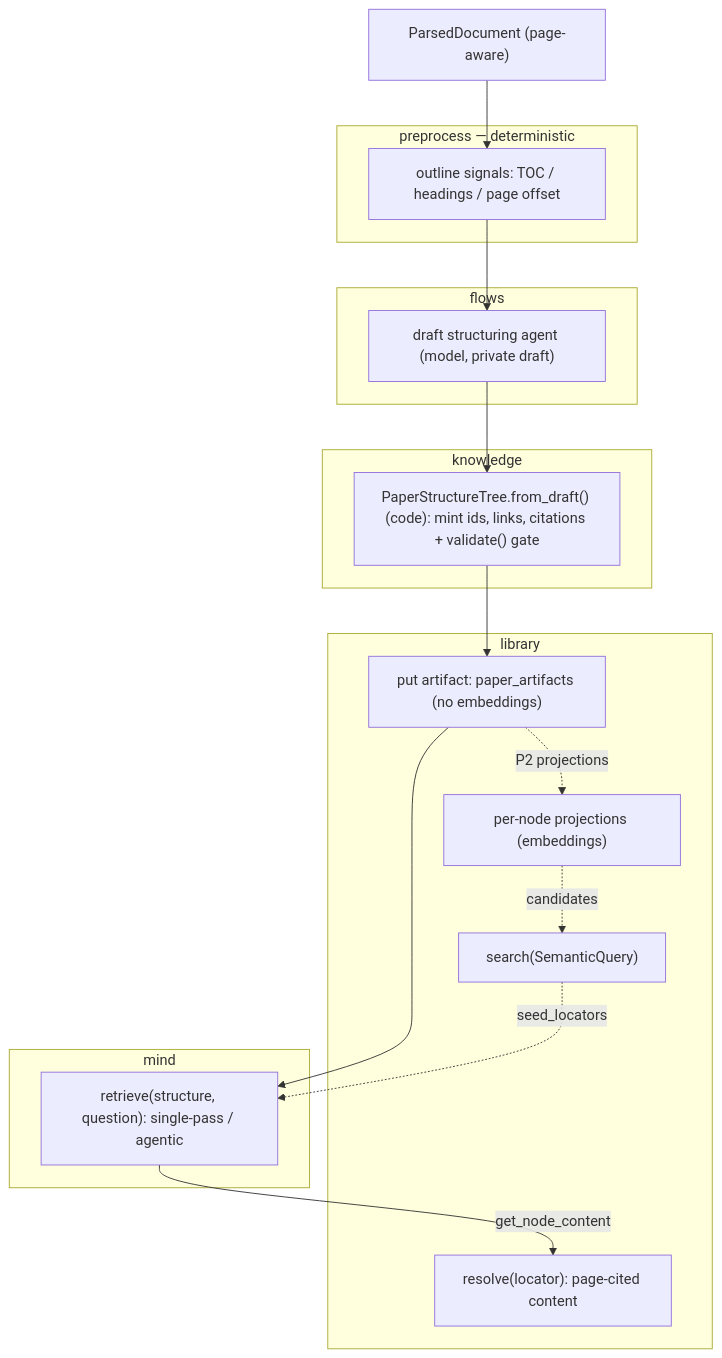
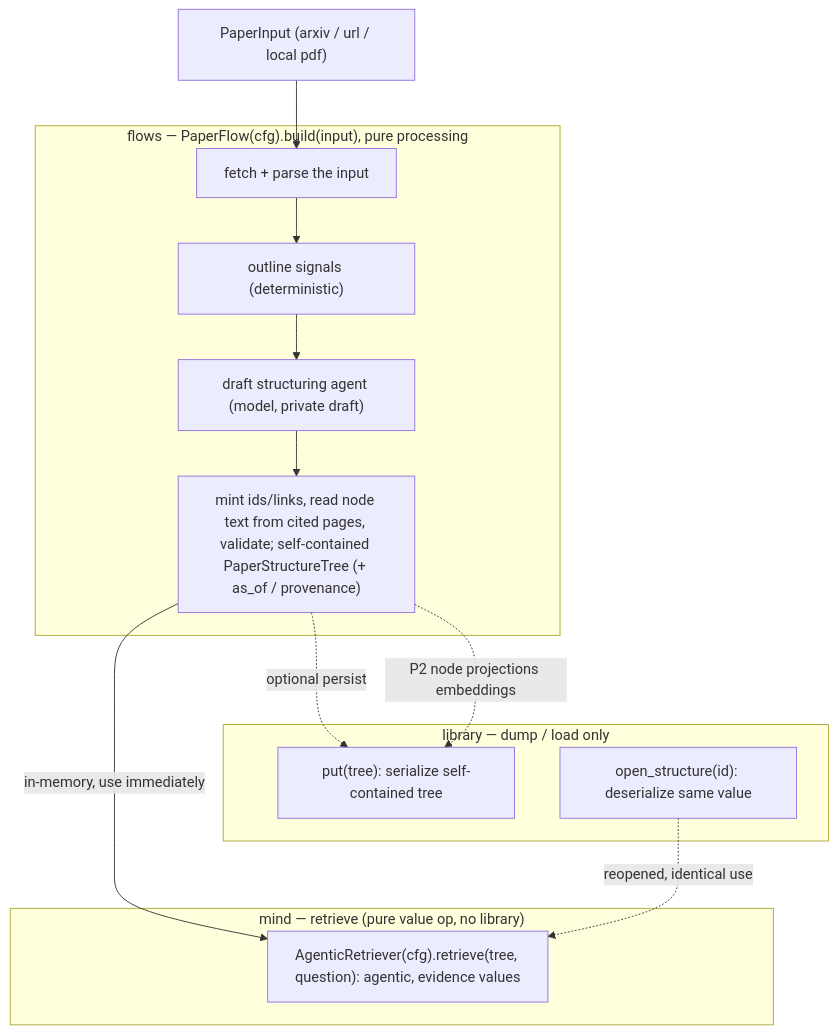
Before and after one commit to LLMQuant/quant-mind: the diagram in contexts/design/mind/retrieval.md, drawn with Mermaid. The commit also changed other lines of this file and 43 other files, not shown here.

First line of the commit message:
feat(mind): add PageIndex-style structure retrieval (#125)

````diff
--- a/contexts/design/mind/retrieval.md
+++ b/contexts/design/mind/retrieval.md
@@ -59,31 +97,22 @@
 ```mermaid
 flowchart TD
-    PD["ParsedDocument (page-aware)"]
-    subgraph PRE["preprocess — deterministic"]
-        OUT["outline signals: TOC / headings / page offset"]
+    IN["PaperInput (arxiv / url / local pdf)"]
+    subgraph FLW["flows — PaperFlow(cfg).build(input), pure processing"]
+        OPEN["fetch + parse the input"]
+        OUT["outline signals (deterministic)"]
+        DRAFT["draft structuring agent (model, private draft)"]
+        BUILD["mint ids/links, read node text from cited pages, validate; self-contained PaperStructureTree (+ as_of / provenance)"]
     end
-    subgraph FLW["flows"]
-        DRAFT["draft structuring agent (model, private draft)"]
+    subgraph LIB["library — dump / load only"]
+        PUT["put(tree): serialize self-contained tree"]
+        OPENT["open_structure(id): deserialize same value"]
     end
-    subgraph KNW["knowledge"]
-        FD["PaperStructureTree.from_draft() (code): mint ids, links, citations + validate() gate"]
+    subgraph MND["mind — retrieve (pure value op, no library)"]
+        RET["AgenticRetriever(cfg).retrieve(tree, question): agentic, evidence values"]
     end
-    subgraph LIB["library"]
-        PUT["put artifact: paper_artifacts (no embeddings)"]
-        PROJ["per-node projections (embeddings)"]
-        SRCH["search(SemanticQuery)"]
-        RES["resolve(locator): page-cited content"]
-    end
-    subgraph MND["mind"]
-        NAV["retrieve(structure, question): single-pass / agentic"]
-    end
-    PD --> OUT
-    OUT --> DRAFT
-    DRAFT --> FD
-    FD --> PUT
-    PUT --> NAV
-    NAV -->|get_node_content| RES
-    PUT -.->|P2 projections| PROJ
-    PROJ -.->|candidates| SRCH
-    SRCH -.->|seed_locators| NAV
+    IN --> OPEN --> OUT --> DRAFT --> BUILD
+    BUILD -->|in-memory, use immediately| RET
+    BUILD -.->|optional persist| PUT
+    OPENT -.->|reopened, identical use| RET
+    BUILD -.->|P2 node projections embeddings| PUT
 ```
````
